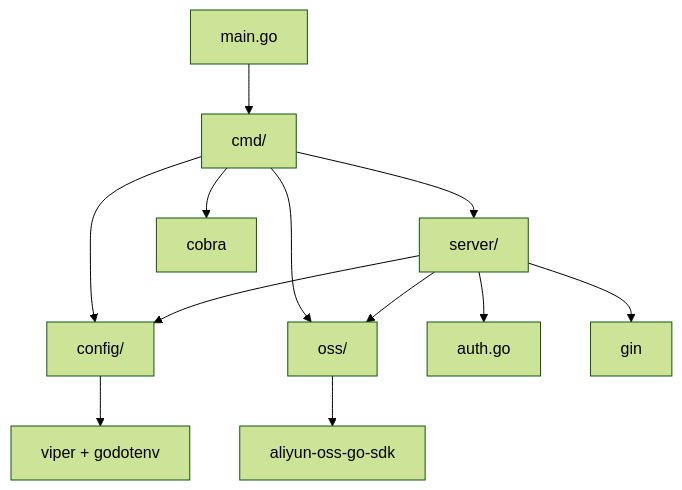
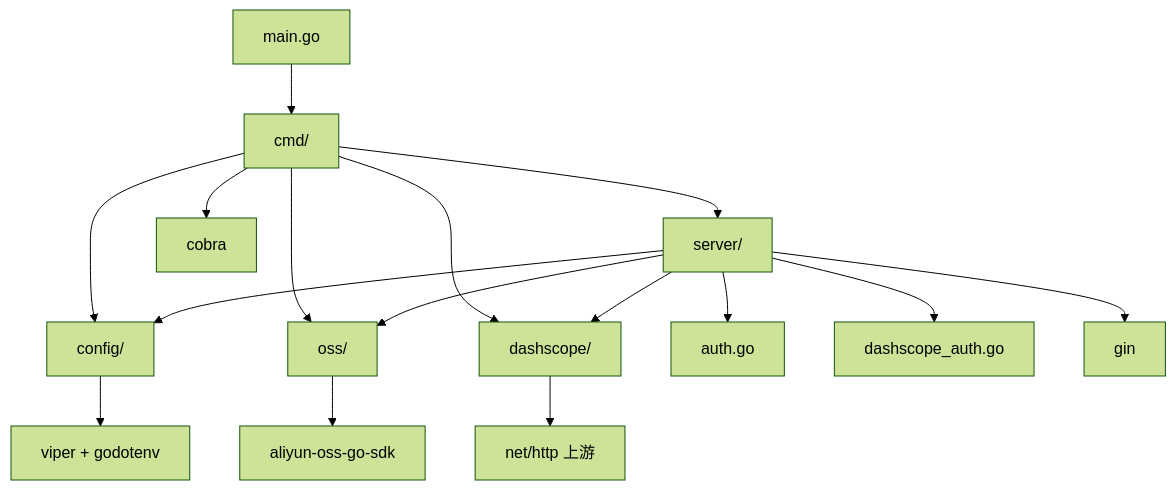
The second of 7 diagrams in docs/ARCHITECTURE.md (tianfei212/alOSS_agent_go), drawn with Mermaid (forest theme) before and after one commit. The commit also changed other lines of this file and 14 other files, not shown here.

````diff
--- a/docs/ARCHITECTURE.md
+++ b/docs/ARCHITECTURE.md
@@ -93,14 +117,18 @@
 ```mermaid
 graph TD
     main[main.go] --> cmd[cmd/]
     cmd --> config[config/]
     cmd --> oss[oss/]
     cmd --> server[server/]
+    cmd --> dashscope[dashscope/]
     server --> config
     server --> oss
+    server --> dashscope
     server --> auth[auth.go]
+    server --> dsauth[dashscope_auth.go]
+    dashscope --> net[net/http 上游]
     oss --> aliyun[aliyun-oss-go-sdk]
     config --> viper[viper + godotenv]
     cmd --> cobra[cobra]
     server --> gin[gin]
 ```
````
